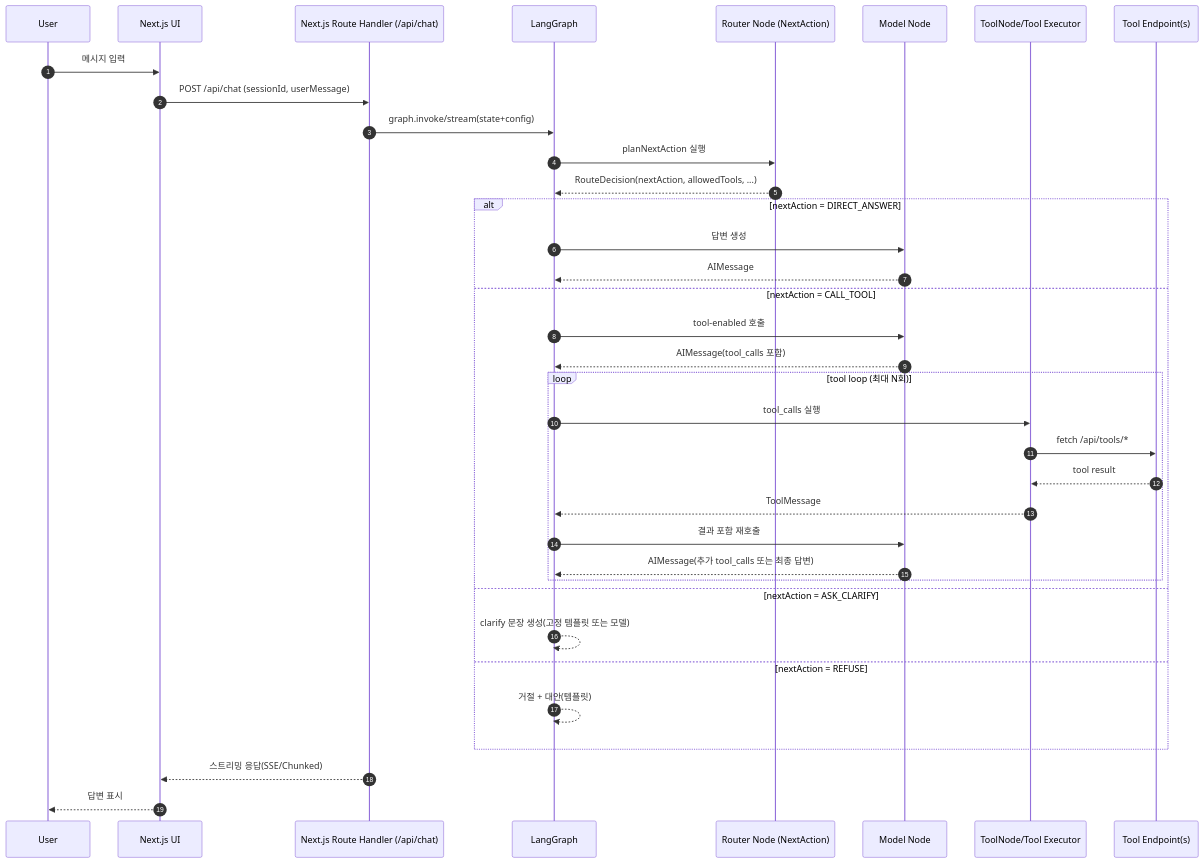
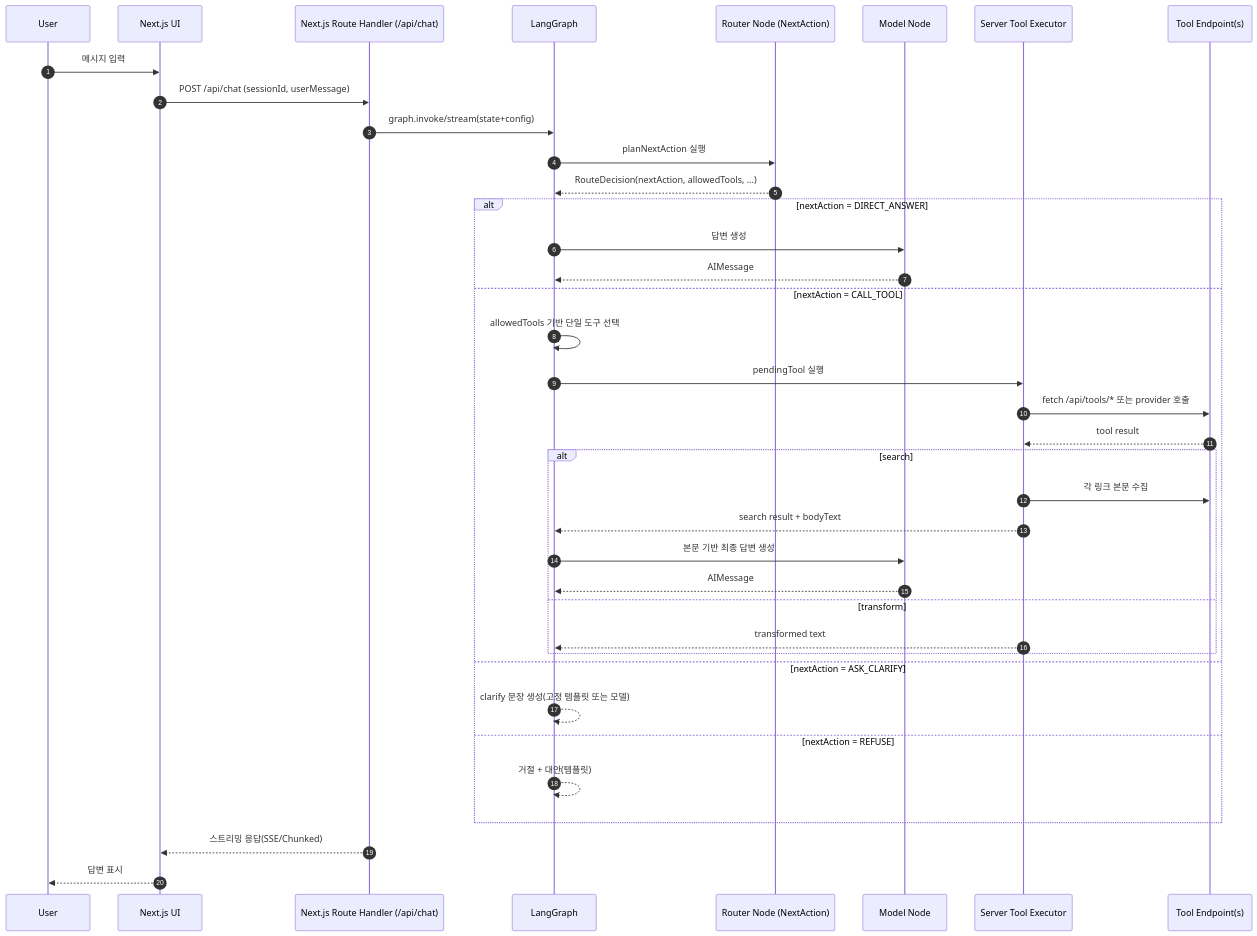
Before and after one commit to esanzy87/chatbot_mini: the first of 2 diagrams in docs/features/0_bootstrap/prd.md, drawn with Mermaid. The commit also changed other lines of this file and 21 other files, not shown here.

````diff
--- a/docs/features/0_bootstrap/prd.md
+++ b/docs/features/0_bootstrap/prd.md
@@ -63,39 +63,41 @@
 ```mermaid
 sequenceDiagram
   autonumber
   participant U as User
   participant UI as Next.js UI
   participant API as Next.js Route Handler (/api/chat)
   participant G as LangGraph
   participant R as Router Node (NextAction)
   participant M as Model Node
-  participant T as ToolNode/Tool Executor
+  participant T as Server Tool Executor
   participant S as Tool Endpoint(s)
 
   U->>UI: 메시지 입력
   UI->>API: POST /api/chat (sessionId, userMessage)
   API->>G: graph.invoke/stream(state+config)
   G->>R: planNextAction 실행
   R-->>G: RouteDecision(nextAction, allowedTools, ...)
   alt nextAction = DIRECT_ANSWER
     G->>M: 답변 생성
     M-->>G: AIMessage
   else nextAction = CALL_TOOL
-    G->>M: tool-enabled 호출
-    M-->>G: AIMessage(tool_calls 포함)
-    loop tool loop (최대 N회)
-      G->>T: tool_calls 실행
-      T->>S: fetch /api/tools/*
-      S-->>T: tool result
-      T-->>G: ToolMessage
-      G->>M: 결과 포함 재호출
-      M-->>G: AIMessage(추가 tool_calls 또는 최종 답변)
+    G->>G: allowedTools 기반 단일 도구 선택
+    G->>T: pendingTool 실행
+    T->>S: fetch /api/tools/* 또는 provider 호출
+    S-->>T: tool result
+    alt search
+      T->>S: 각 링크 본문 수집
+      T-->>G: search result + bodyText
+      G->>M: 본문 기반 최종 답변 생성
+      M-->>G: AIMessage
+    else transform
+      T-->>G: transformed text
     end
   else nextAction = ASK_CLARIFY
     G-->>G: clarify 문장 생성(고정 템플릿 또는 모델)
   else nextAction = REFUSE
     G-->>G: 거절 + 대안(템플릿)
   end
   API-->>UI: 스트리밍 응답(SSE/Chunked)
   UI-->>U: 답변 표시
 ```
````
